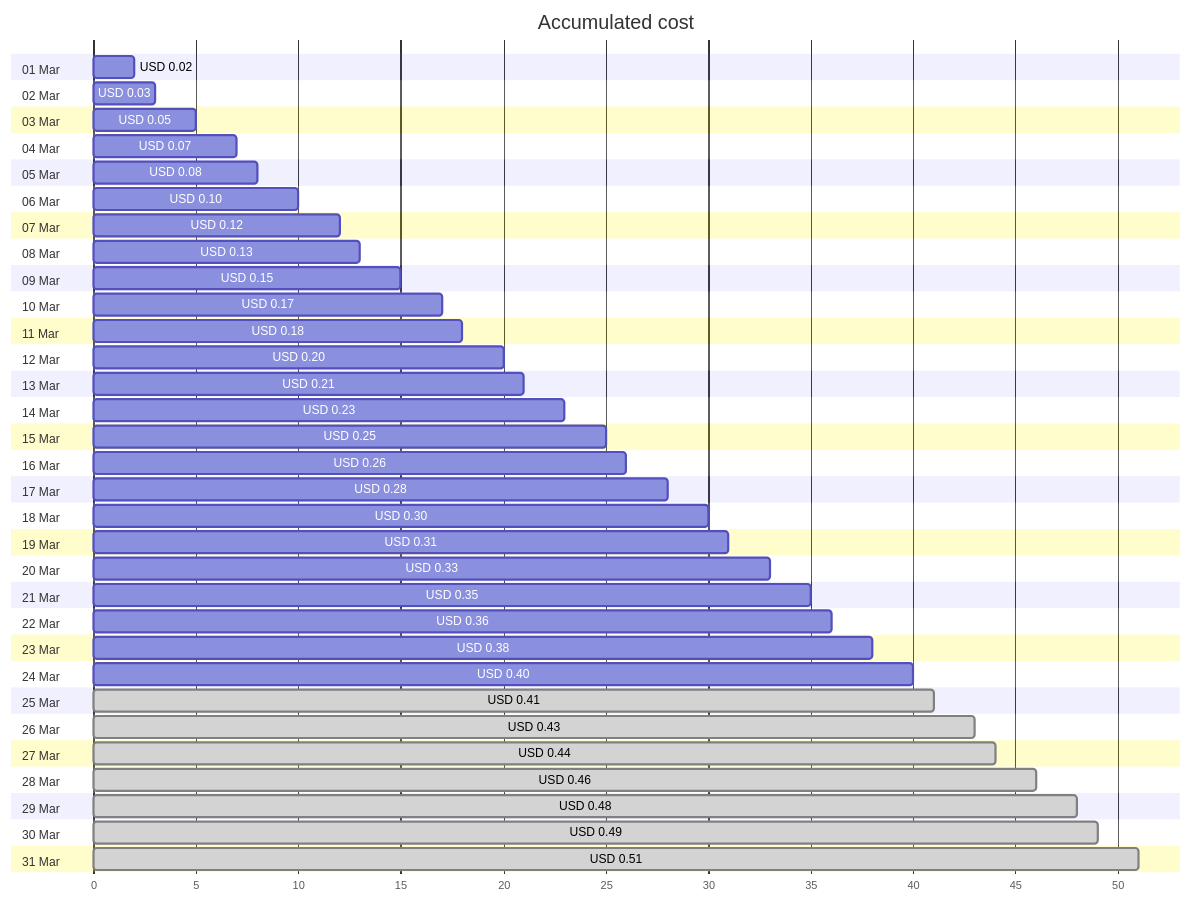
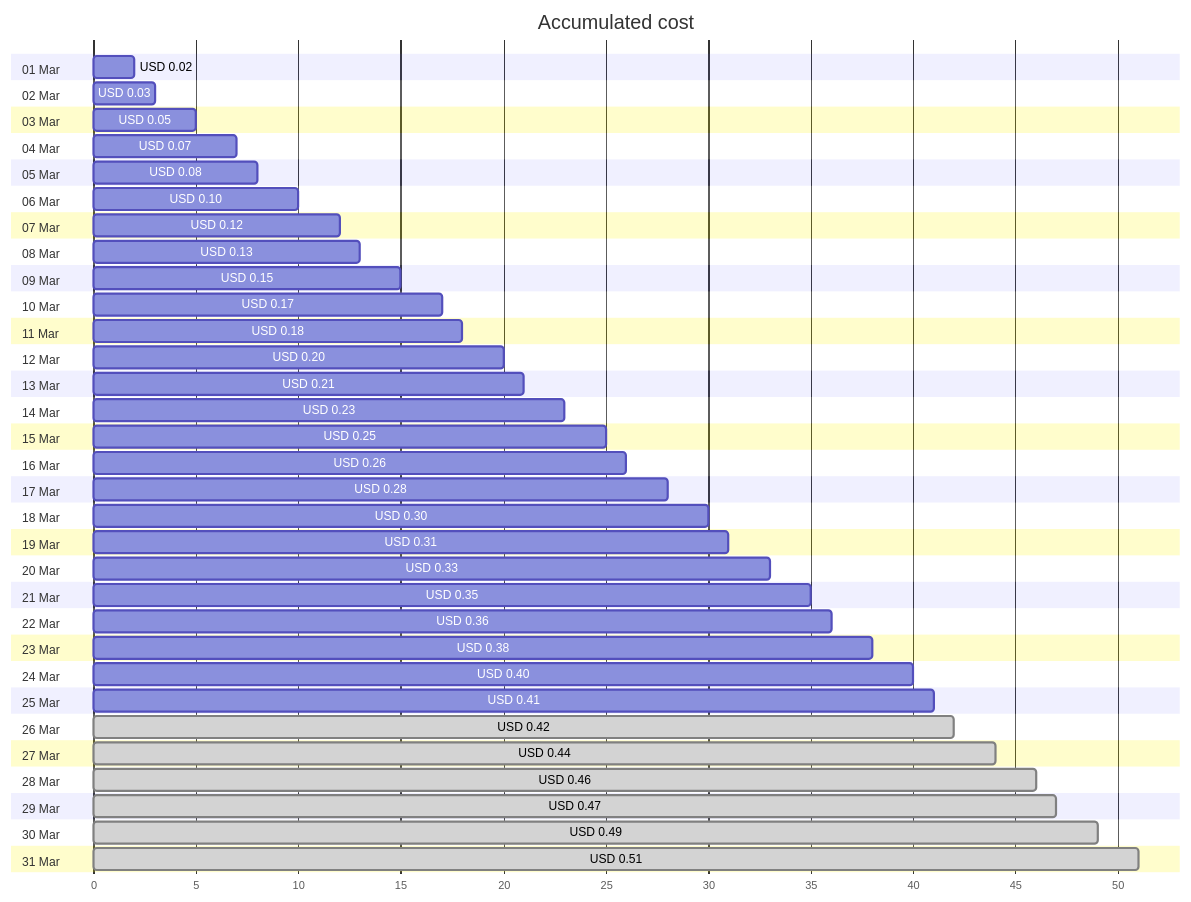
One commit to jpfulton/azure-personal-reports changed the first of 4 diagrams in cost-reports/personal-dns/jpatrickfulton.dev.md. Above: the diagram before and after it, drawn with Mermaid. The commit also changed other lines of this file and 2 other files, not shown here.

````diff
--- a/cost-reports/personal-dns/jpatrickfulton.dev.md
+++ b/cost-reports/personal-dns/jpatrickfulton.dev.md
@@ -20,68 +20,68 @@
 ```mermaid
 gantt
    title Accumulated cost
    dateFormat  X
    axisFormat %s
    section 01 Mar
    USD 0.02 :0, 2
    section 02 Mar
    USD 0.03 :0, 3
    section 03 Mar
    USD 0.05 :0, 5
    section 04 Mar
    USD 0.07 :0, 7
    section 05 Mar
    USD 0.08 :0, 8
    section 06 Mar
    USD 0.10 :0, 10
    section 07 Mar
    USD 0.12 :0, 12
    section 08 Mar
    USD 0.13 :0, 13
    section 09 Mar
    USD 0.15 :0, 15
    section 10 Mar
    USD 0.17 :0, 17
    section 11 Mar
    USD 0.18 :0, 18
    section 12 Mar
    USD 0.20 :0, 20
    section 13 Mar
    USD 0.21 :0, 21
    section 14 Mar
    USD 0.23 :0, 23
    section 15 Mar
    USD 0.25 :0, 25
    section 16 Mar
    USD 0.26 :0, 26
    section 17 Mar
    USD 0.28 :0, 28
    section 18 Mar
    USD 0.30 :0, 30
    section 19 Mar
    USD 0.31 :0, 31
    section 20 Mar
    USD 0.33 :0, 33
    section 21 Mar
    USD 0.35 :0, 35
    section 22 Mar
    USD 0.36 :0, 36
    section 23 Mar
    USD 0.38 :0, 38
    section 24 Mar
    USD 0.40 :0, 40
    section 25 Mar
-   USD 0.41 : done, 0, 41
+   USD 0.41 :0, 41
    section 26 Mar
-   USD 0.43 : done, 0, 43
+   USD 0.42 : done, 0, 42
    section 27 Mar
    USD 0.44 : done, 0, 44
    section 28 Mar
    USD 0.46 : done, 0, 46
    section 29 Mar
-   USD 0.48 : done, 0, 48
+   USD 0.47 : done, 0, 47
    section 30 Mar
    USD 0.49 : done, 0, 49
    section 31 Mar
    USD 0.51 : done, 0, 51
 ```
````
